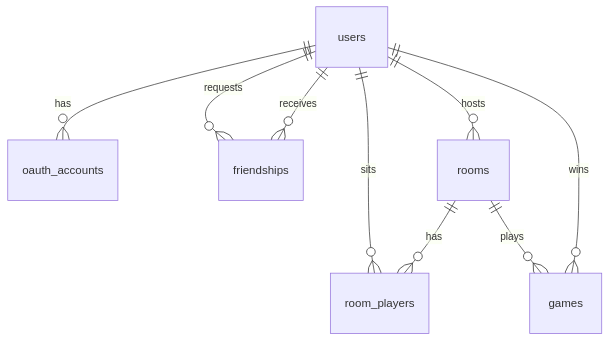
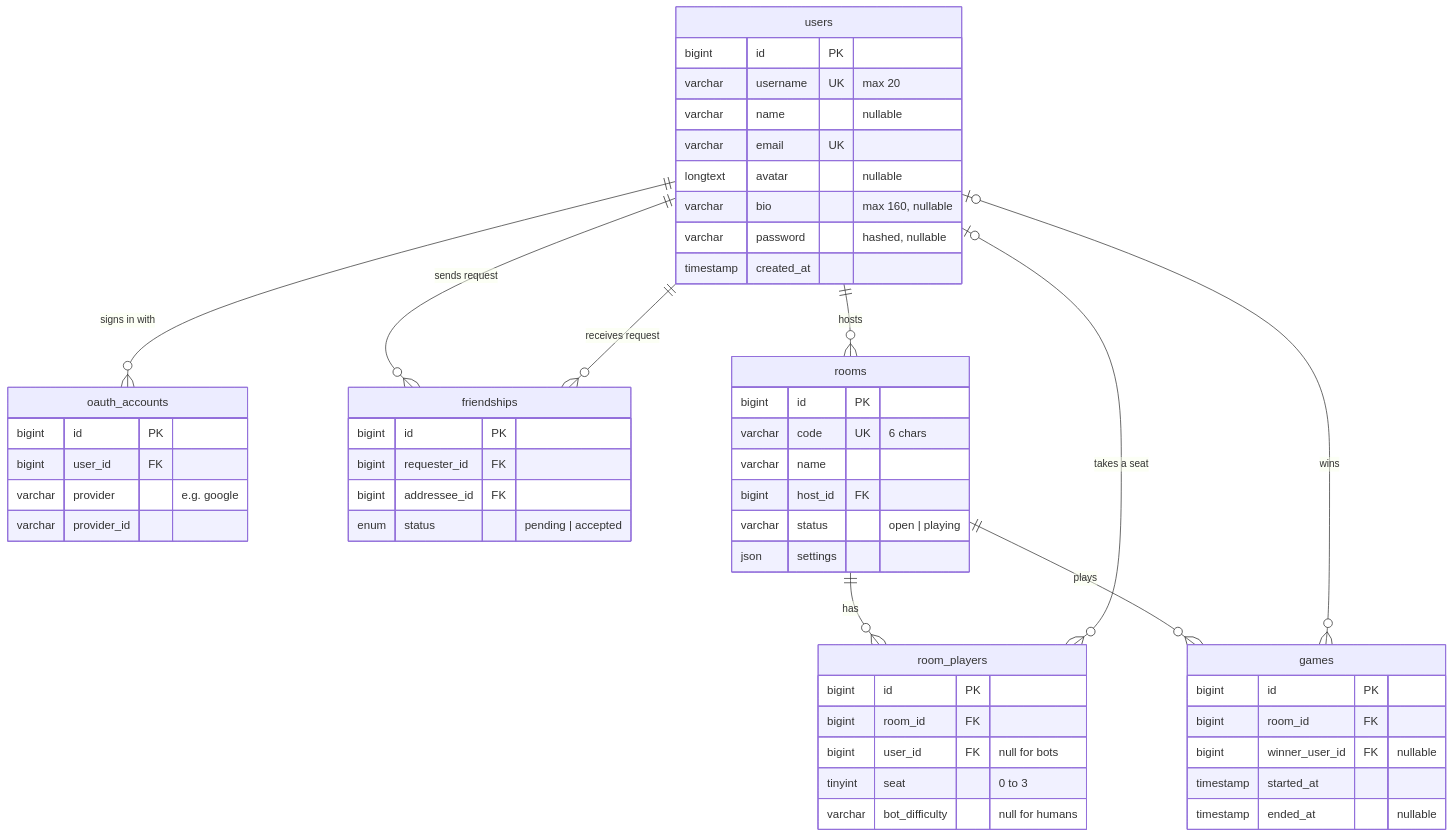
Before and after one commit to yasin080/transcendence: the diagram in README.md, drawn with Mermaid. The commit also changed other lines of this file, not shown here.

````diff
--- a/README.md
+++ b/README.md
@@ -82,11 +236,56 @@
 ```mermaid
 erDiagram
-    users ||--o{ oauth_accounts : has
-    users ||--o{ friendships : requests
-    users ||--o{ friendships : receives
+    users ||--o{ oauth_accounts : "signs in with"
+    users ||--o{ friendships : "sends request"
+    users ||--o{ friendships : "receives request"
     users ||--o{ rooms : hosts
-    users ||--o{ room_players : sits
     rooms ||--o{ room_players : has
+    users |o--o{ room_players : "takes a seat"
     rooms ||--o{ games : plays
-    users ||--o{ games : wins
+    users |o--o{ games : wins
+
+    users {
+        bigint id PK
+        varchar username UK "max 20"
+        varchar name "nullable"
+        varchar email UK
+        longtext avatar "nullable"
+        varchar bio "max 160, nullable"
+        varchar password "hashed, nullable"
+        timestamp created_at
+    }
+    oauth_accounts {
+        bigint id PK
+        bigint user_id FK
+        varchar provider "e.g. google"
+        varchar provider_id
+    }
+    friendships {
+        bigint id PK
+        bigint requester_id FK
+        bigint addressee_id FK
+        enum status "pending | accepted"
+    }
+    rooms {
+        bigint id PK
+        varchar code UK "6 chars"
+        varchar name
+        bigint host_id FK
+        varchar status "open | playing"
+        json settings
+    }
+    room_players {
+        bigint id PK
+        bigint room_id FK
+        bigint user_id FK "null for bots"
+        tinyint seat "0 to 3"
+        varchar bot_difficulty "null for humans"
+    }
+    games {
+        bigint id PK
+        bigint room_id FK
+        bigint winner_user_id FK "nullable"
+        timestamp started_at
+        timestamp ended_at "nullable"
+    }
 ```
````
